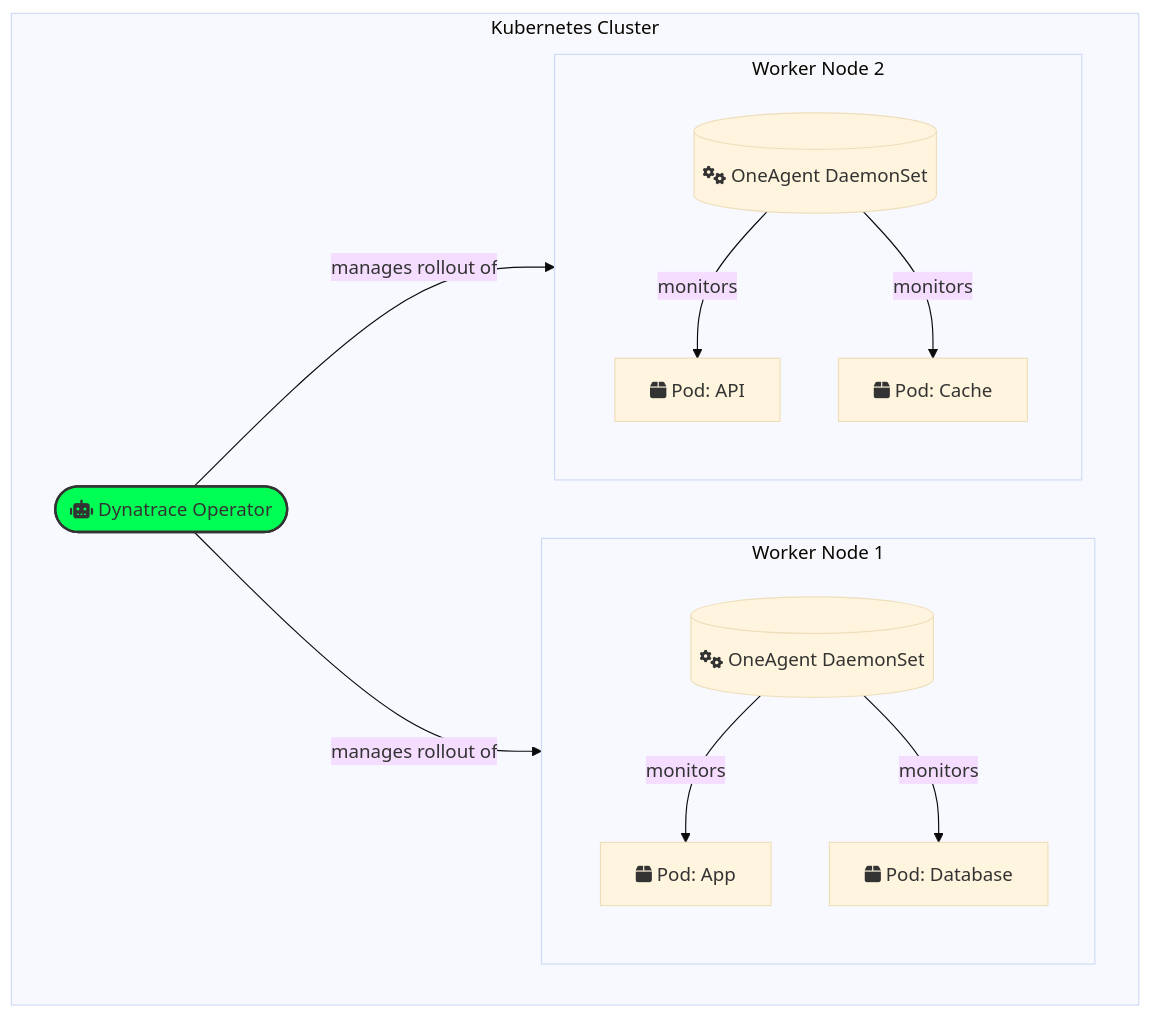
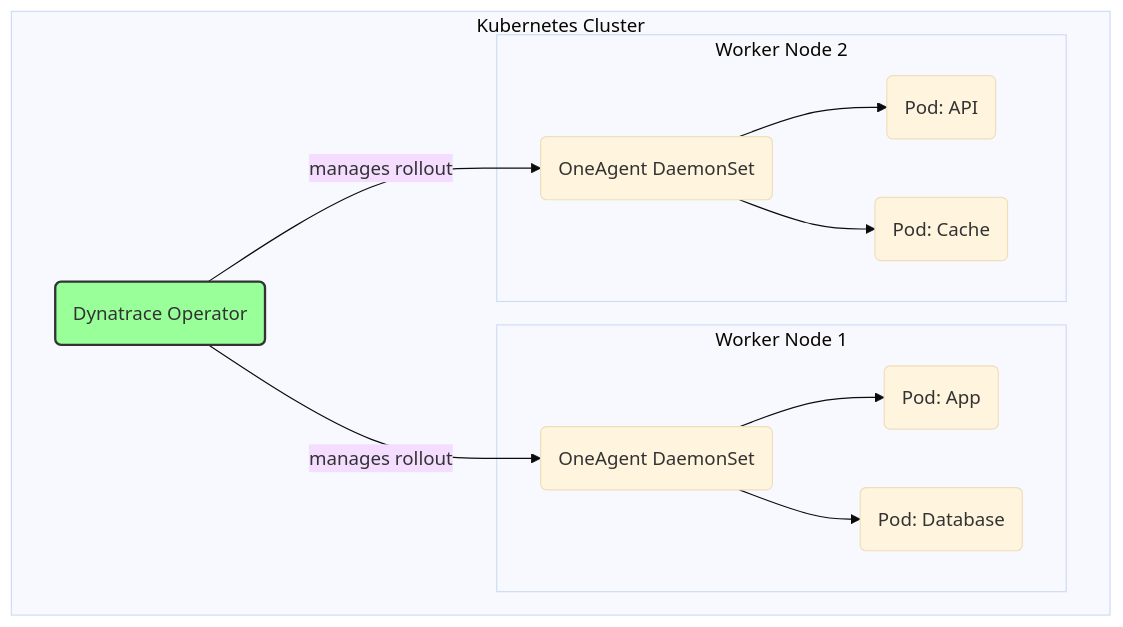
Before and after one commit to Kamal-nayan123/Dynatrace-course: the diagram in Phase 2_ Core Monitoring/1_Infrastructure_Monitoring.md, drawn with Mermaid (base theme). The commit also changed 10 other files, not shown here.

````diff
--- a/Phase 2_ Core Monitoring/1_Infrastructure_Monitoring.md
+++ b/Phase 2_ Core Monitoring/1_Infrastructure_Monitoring.md
@@ -28,30 +28,19 @@
     ```mermaid
     graph TD
-        subgraph Kubernetes Cluster
-            Operator([fa:fa-robot Dynatrace Operator])
+        subgraph "Kubernetes Cluster"
+            Operator("Dynatrace Operator")
 
-            subgraph Worker Node 1
-                direction TB
-                N1_OA[(fa:fa-cogs OneAgent DaemonSet)]
-                N1_P1[fa:fa-box Pod: App]
-                N1_P2[fa:fa-box Pod: Database]
+            subgraph "Worker Node 1"
+                N1_OA("OneAgent DaemonSet") --> N1_P1("Pod: App") & N1_P2("Pod: Database")
             end
 
-            subgraph Worker Node 2
-                direction TB
-                N2_OA[(fa:fa-cogs OneAgent DaemonSet)]
-                N2_P1[fa:fa-box Pod: API]
-                N2_P2[fa:fa-box Pod: Cache]
+            subgraph "Worker Node 2"
+                N2_OA("OneAgent DaemonSet") --> N2_P1("Pod: API") & N2_P2("Pod: Cache")
             end
 
-            Operator -- "manages rollout of" --> N1_OA
-            Operator -- "manages rollout of" --> N2_OA
-
-            N1_OA -- "monitors" --> N1_P1
-            N1_OA -- "monitors" --> N1_P2
-            N2_OA -- "monitors" --> N2_P1
-            N2_OA -- "monitors" --> N2_P2
+            Operator -- "manages rollout" --> N1_OA
+            Operator -- "manages rollout" --> N2_OA
         end
 
-        style Operator fill:#0f5,stroke:#333,stroke-width:2px
+        style Operator fill:#9f9,stroke:#333,stroke-width:2px
     ```
````
